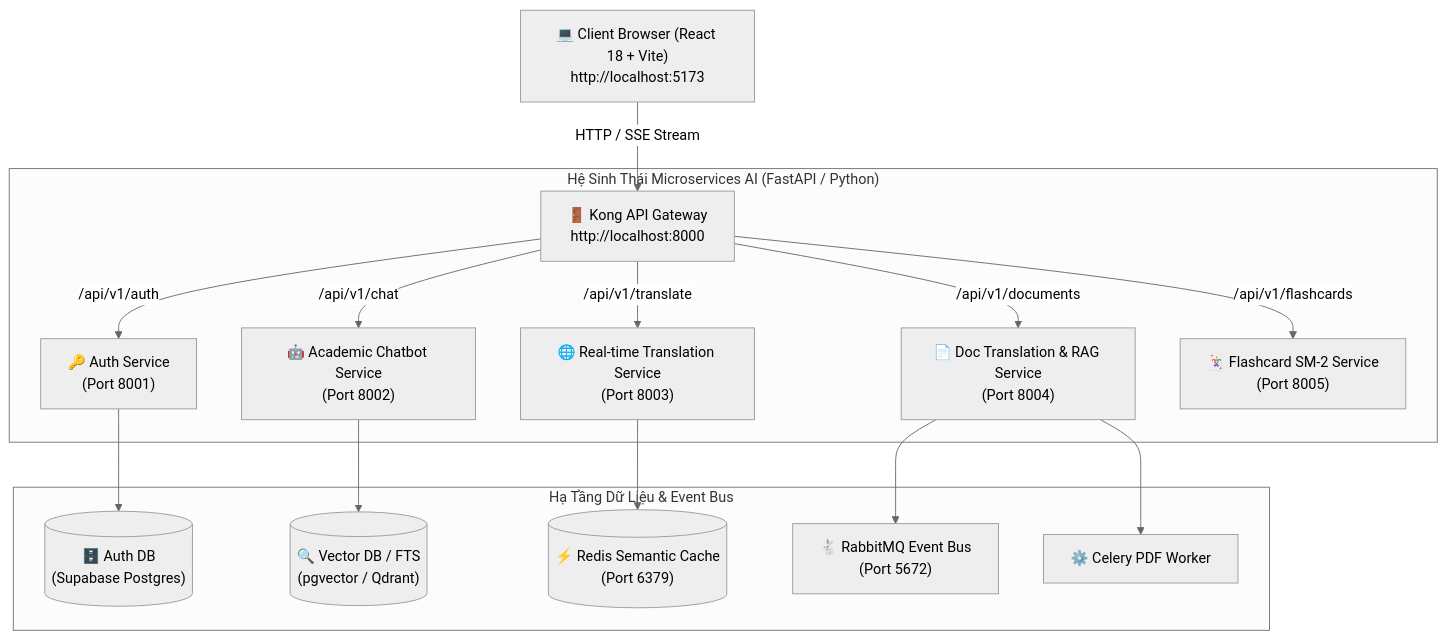
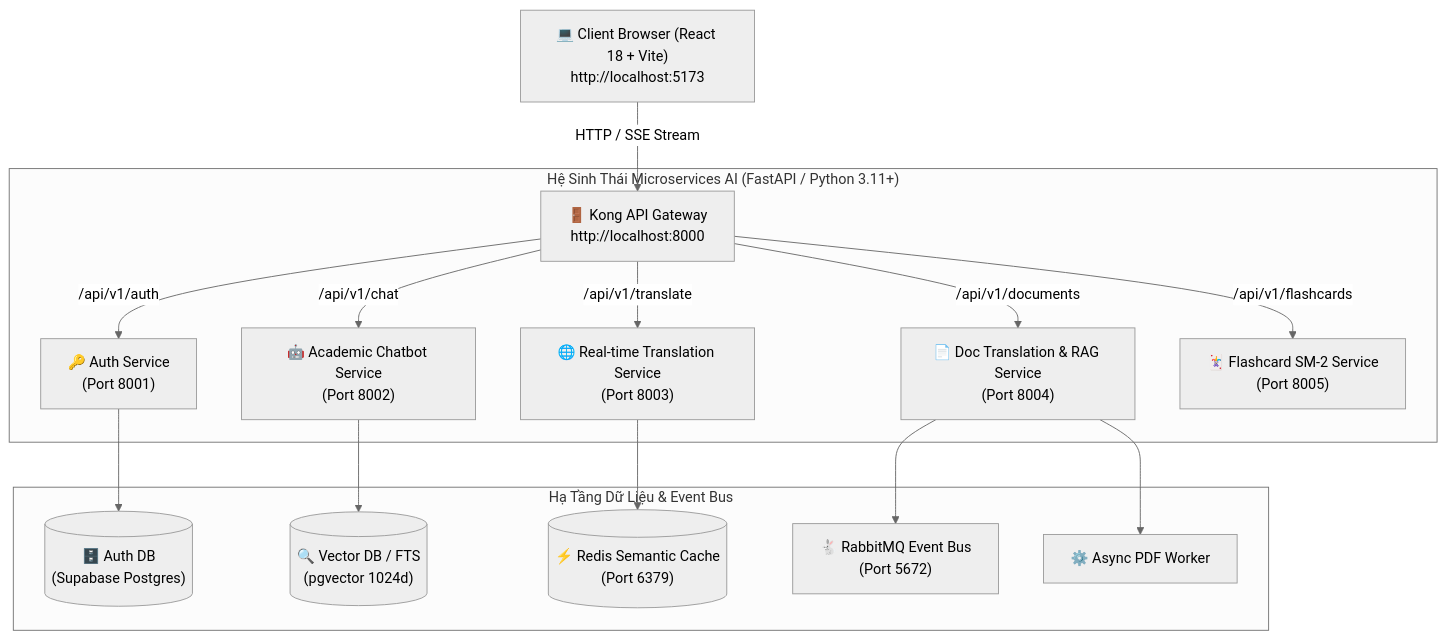
Before and after one commit to baovr125/IUH_Academic_Counseling_Chatbot: the diagram in README.md, drawn with Mermaid (neutral theme). The commit also changed other lines of this file and 73 other files, not shown here.

````diff
--- a/README.md
+++ b/README.md
@@ -9,20 +44,20 @@
 ```mermaid
 flowchart TD
     Client["💻 Client Browser (React 18 + Vite)\nhttp://localhost:5173"] -->|HTTP / SSE Stream| Gateway["🚪 Kong API Gateway\nhttp://localhost:8000"]
     
-    subgraph Core_Microservices ["Hệ Sinh Thái Microservices AI (FastAPI / Python)"]
+    subgraph Core_Microservices ["Hệ Sinh Thái Microservices AI (FastAPI / Python 3.11+)"]
         Gateway -->|/api/v1/auth| AuthSvc["🔑 Auth Service\n(Port 8001)"]
         Gateway -->|/api/v1/chat| ChatSvc["🤖 Academic Chatbot Service\n(Port 8002)"]
         Gateway -->|/api/v1/translate| TransSvc["🌐 Real-time Translation Service\n(Port 8003)"]
         Gateway -->|/api/v1/documents| DocSvc["📄 Doc Translation & RAG Service\n(Port 8004)"]
         Gateway -->|/api/v1/flashcards| FlashSvc["🃏 Flashcard SM-2 Service\n(Port 8005)"]
     end
 
     subgraph Infrastructure ["Hạ Tầng Dữ Liệu & Event Bus"]
         AuthSvc --> Supabase[("🗄️ Auth DB\n(Supabase Postgres)")]
-        ChatSvc --> VectorDB[("🔍 Vector DB / FTS\n(pgvector / Qdrant)")]
+        ChatSvc --> VectorDB[("🔍 Vector DB / FTS\n(pgvector 1024d)")]
         TransSvc --> RedisCache[("⚡ Redis Semantic Cache\n(Port 6379)")]
         DocSvc --> RabbitMQ["🐇 RabbitMQ Event Bus\n(Port 5672)"]
-        DocSvc --> CeleryWorker["⚙️ Celery PDF Worker"]
+        DocSvc --> CeleryWorker["⚙️ Async PDF Worker"]
     end
 ```
````
